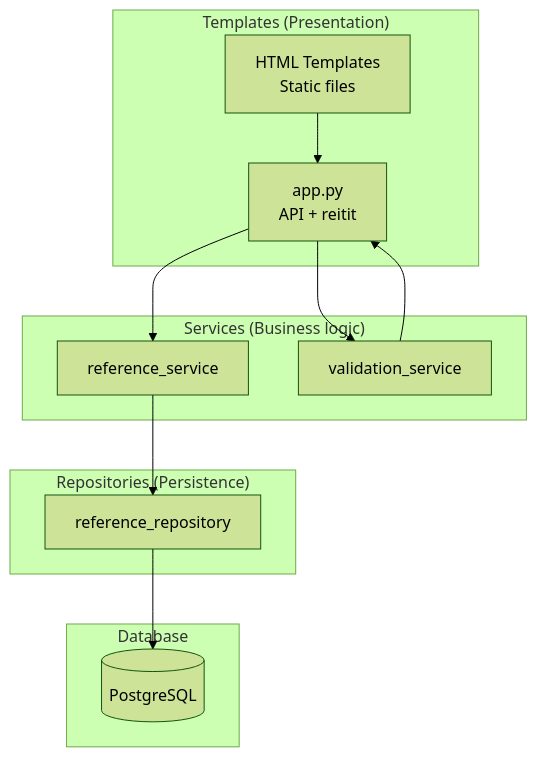
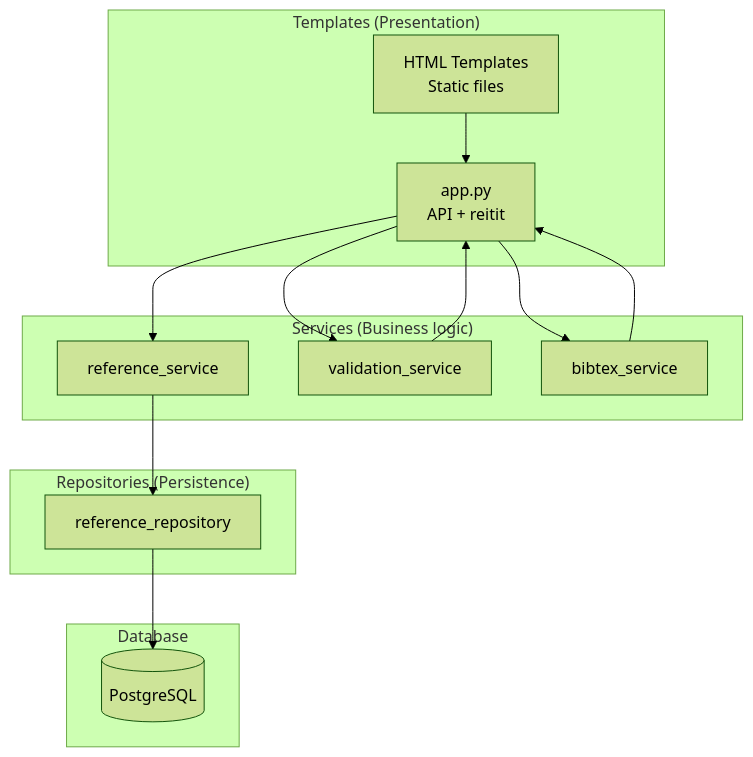
The first of 4 diagrams in documentation/README_architecture.md (kortekoski/ohtuminiprojekti), drawn with Mermaid (forest theme) before and after one commit. The commit also changed other lines of this file and 3 other files, not shown here.

Commit message:
Move bibtex_generation to new service

`````diff
--- a/documentation/README_architecture.md
+++ b/documentation/README_architecture.md
@@ -5,30 +5,39 @@
 ````mermaid
 flowchart TB
 
     subgraph UI["Templates (Presentation)"]
         Tmpl[HTML Templates<br/>Static files]
         AppPy[app.py<br/>API + reitit]
     end
 
     subgraph Service["Services  (Business logic)"]
         RefSvc[reference_service]
         ValSvc[validation_service]
+        BibSvc[bibtex_service]
     end
 
     subgraph Repo["Repositories (Persistence)"]
         RefRepo[reference_repository]
-       
     end
 
     subgraph DB["Database"]
         SQL[(PostgreSQL)]
     end
 
     %% Connections
     Tmpl --> AppPy
+
+    %% UI -> Services
     AppPy --> ValSvc
+    AppPy --> RefSvc
+    AppPy --> BibSvc
+
+    %% Service -> UI
     ValSvc --> AppPy
-    AppPy --> RefSvc
+    BibSvc --> AppPy
+
+    %% Service -> Repository -> DB
     RefSvc --> RefRepo
     RefRepo --> SQL
+
 ````
`````
